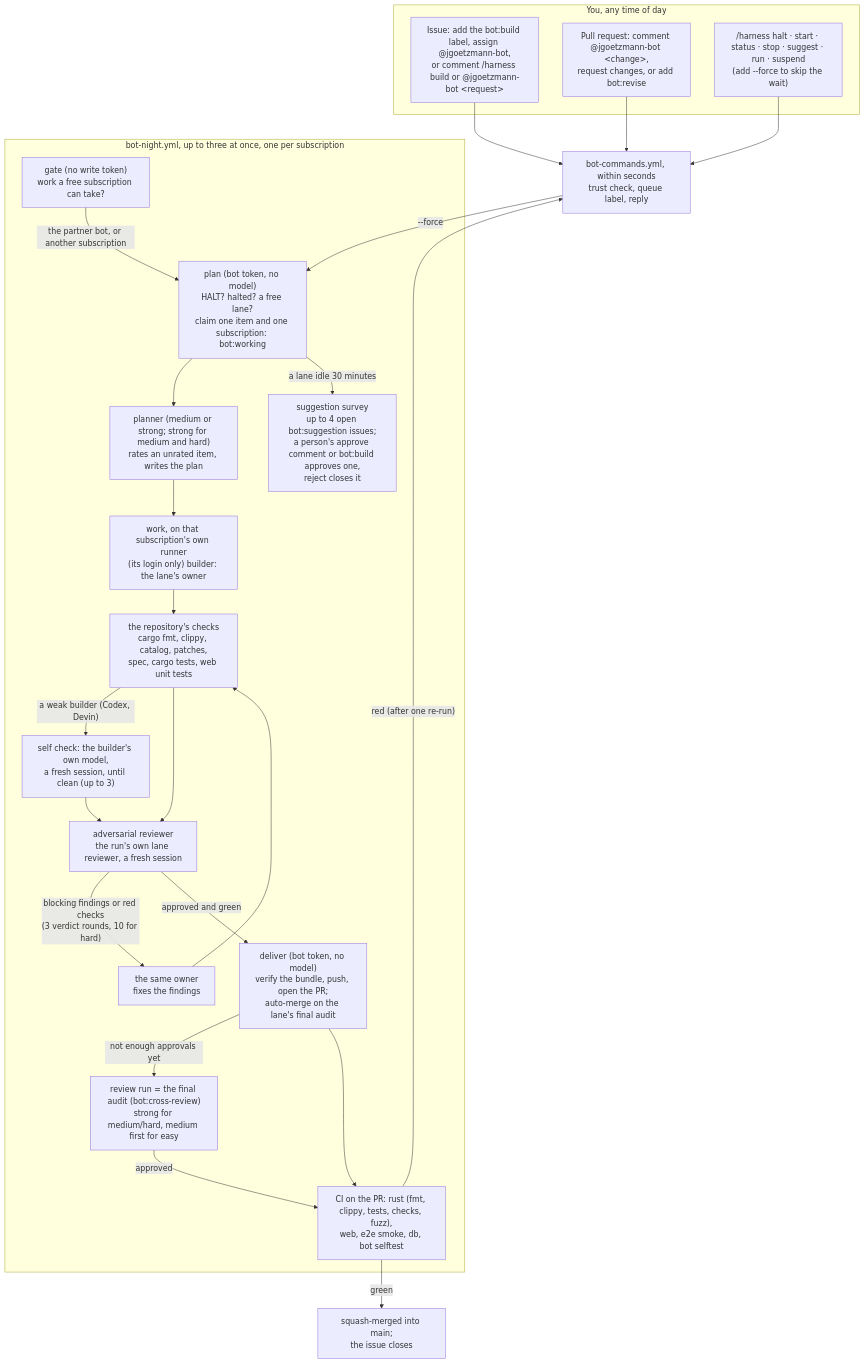
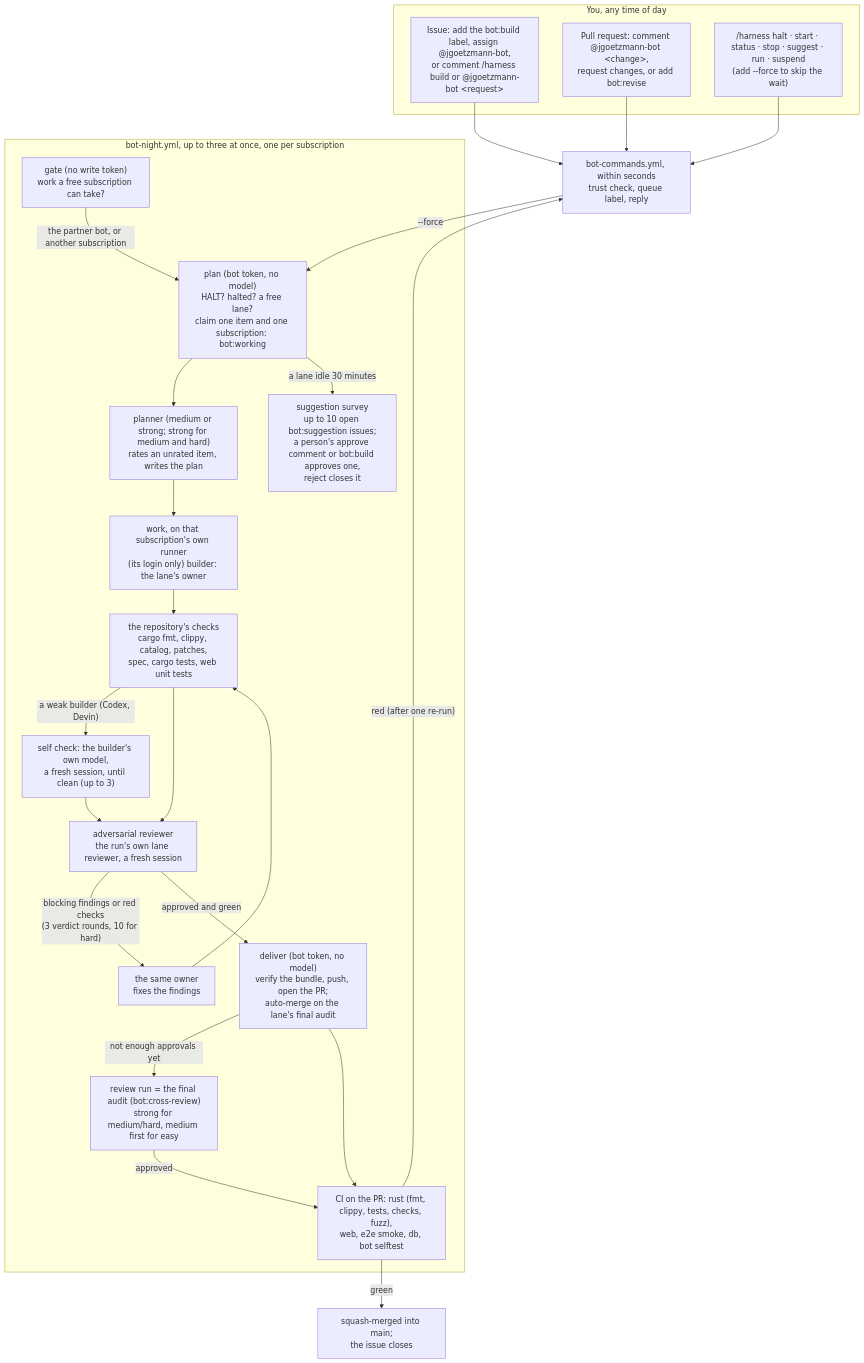
Before and after one commit to Jlore-Studios/JackiOh: the diagram in bot/README.md, drawn with Mermaid. The commit also changed other lines of this file and 5 other files, not shown here.

First line of the commit message:
Night bot: up to ten suggestions open, each with a plain-words "What it actually means" section (#1269)

````diff
--- a/bot/README.md
+++ b/bot/README.md
@@ -31,33 +31,33 @@
 ```mermaid
 flowchart TD
   subgraph you["You, any time of day"]
     I["Issue: add the bot:build label, assign @jgoetzmann-bot,<br/>or comment /harness build or @jgoetzmann-bot &lt;request&gt;"]
     P["Pull request: comment @jgoetzmann-bot &lt;change&gt;,<br/>request changes, or add bot:revise"]
     K["/harness halt · start · status · stop · suggest · run · suspend<br/>(add --force to skip the wait)"]
   end
   I --> E
   P --> E
   K --> E
   E["bot-commands.yml, within seconds<br/>trust check, queue label, reply"]
   E -- "--force" --> PL
   subgraph night["bot-night.yml, up to three at once, one per subscription"]
     GA["gate (no write token)<br/>work a free subscription can take?"]
     GA -- "the partner bot, or another subscription" --> PL
     PL["plan (bot token, no model)<br/>HALT? halted? a free lane?<br/>claim one item and one subscription: bot:working"]
     PL --> PN["planner (medium or strong; strong for medium and hard)<br/>rates an unrated item, writes the plan"]
     PN --> B["work, on that subscription's own runner<br/>(its login only) builder: the lane's owner"]
     B --> G["the repository's checks<br/>cargo fmt, clippy, catalog, patches,<br/>spec, cargo tests, web unit tests"]
     G -- "a weak builder (Codex, Devin)" --> SC["self check: the builder's own model,<br/>a fresh session, until clean (up to 3)"]
     SC --> R
     G --> R["adversarial reviewer<br/>the run's own lane reviewer, a fresh session"]
     R -- "blocking findings or red checks<br/>(3 verdict rounds, 10 for hard)" --> F["the same owner<br/>fixes the findings"]
     F --> G
     R -- "approved and green" --> D["deliver (bot token, no model)<br/>verify the bundle, push, open the PR;<br/>auto-merge on the lane's final audit"]
     D -- "not enough approvals yet" --> X["review run = the final audit (bot:cross-review)<br/>strong for medium/hard, medium first for easy"]
     X -- "approved" --> CI
-    PL -- "a lane idle 30 minutes" --> S["suggestion survey<br/>up to 4 open bot:suggestion issues;<br/>a person's approve comment or bot:build approves one,<br/>reject closes it"]
+    PL -- "a lane idle 30 minutes" --> S["suggestion survey<br/>up to 10 open bot:suggestion issues;<br/>a person's approve comment or bot:build approves one,<br/>reject closes it"]
   end
   D --> CI["CI on the PR: rust (fmt, clippy, tests, checks, fuzz),<br/>web, e2e smoke, db, bot selftest"]
   CI -- "green" --> M["squash-merged into main;<br/>the issue closes"]
   CI -- "red (after one re-run)" --> E
 ```
````
